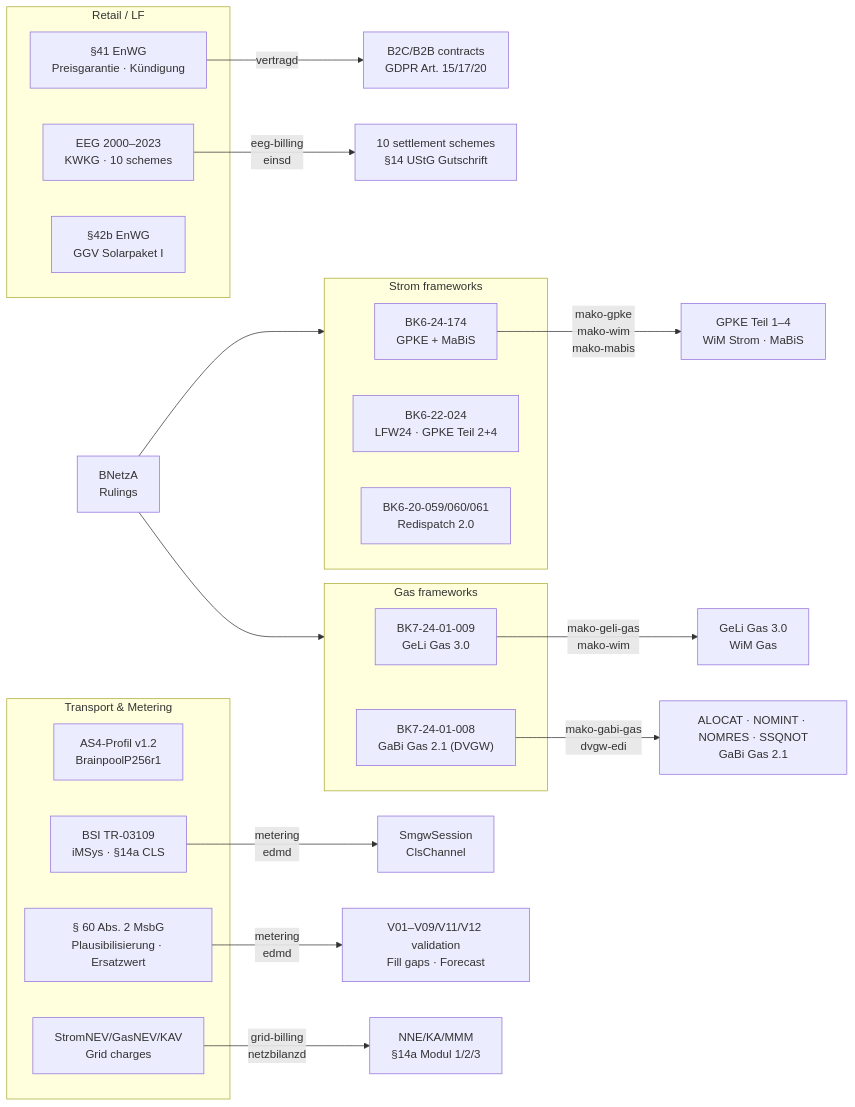
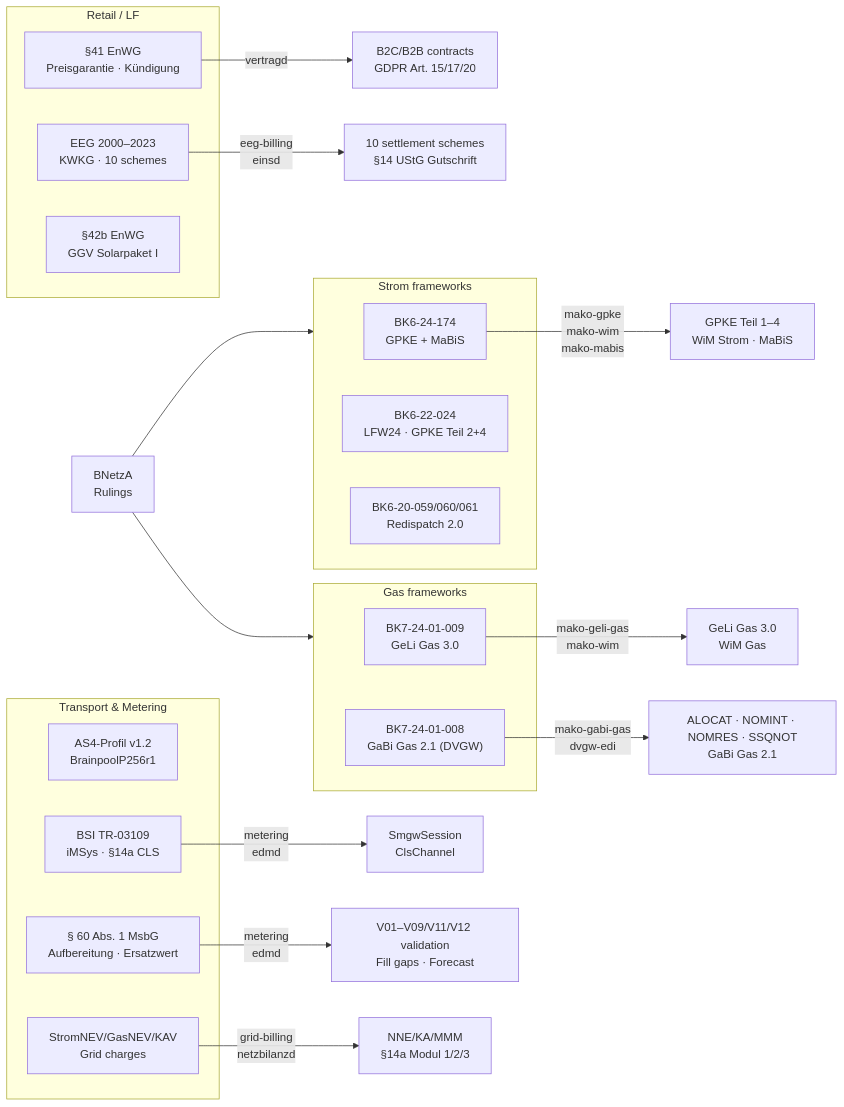
One commit to hupe1980/mako changed the diagram in site/content/docs/regulatory/_index.md. Above: the diagram before and after it, drawn with Mermaid. The commit also changed other lines of this file and 490 other files, not shown here.

````diff
--- a/site/content/docs/regulatory/_index.md
+++ b/site/content/docs/regulatory/_index.md
@@ -28,40 +24,40 @@
 ```mermaid
 graph LR
     BNetzA["BNetzA<br/>Rulings"]
 
     subgraph strom ["Strom frameworks"]
         BK6_24["BK6-24-174<br/>GPKE + MaBiS"]
         BK6_22["BK6-22-024<br/>LFW24 · GPKE Teil 2+4"]
         BK6_20["BK6-20-059/060/061<br/>Redispatch 2.0"]
     end
 
     subgraph gas ["Gas frameworks"]
         BK7_24["BK7-24-01-009<br/>GeLi Gas 3.0"]
         BK7_14["BK7-24-01-008<br/>GaBi Gas 2.1 (DVGW)"]
     end
 
     subgraph retail ["Retail / LF"]
         ENW41["§41 EnWG<br/>Preisgarantie · Kündigung"]
         EEG["EEG 2000–2023<br/>KWKG · 10 schemes"]
         SOLA["§42b EnWG<br/>GGV Solarpaket I"]
     end
 
     subgraph transport ["Transport & Metering"]
         AS4["AS4-Profil v1.2<br/>BrainpoolP256r1"]
         BSI["BSI TR-03109<br/>iMSys · §14a CLS"]
-        MsbG["§ 60 Abs. 2 MsbG<br/>Plausibilisierung · Ersatzwert"]
+        MsbG["§ 60 Abs. 1 MsbG<br/>Aufbereitung · Ersatzwert"]
         NNNEV["StromNEV/GasNEV/KAV<br/>Grid charges"]
     end
 
     BNetzA --> strom
     BNetzA --> gas
 
     BK6_24 -->|"mako-gpke<br/>mako-wim<br/>mako-mabis"| GPKE_impl["GPKE Teil 1–4<br/>WiM Strom · MaBiS"]
     BK7_24 -->|"mako-geli-gas<br/>mako-wim"| GAS_impl["GeLi Gas 3.0<br/>WiM Gas"]
     BK7_14 -->|"mako-gabi-gas<br/>dvgw-edi"| DVGW_impl["ALOCAT · NOMINT · NOMRES · SSQNOT<br/>GaBi Gas 2.1"]
     ENW41 -->|"vertragd"| LF_impl["B2C/B2B contracts<br/>GDPR Art. 15/17/20"]
     EEG -->|"eeg-billing<br/>einsd"| EEG_impl["10 settlement schemes<br/>§14 UStG Gutschrift"]
     BSI -->|"metering<br/>edmd"| IOT_impl["SmgwSession<br/>ClsChannel"]
     MsbG -->|"metering<br/>edmd"| SUB_impl["V01–V09/V11/V12 validation<br/>Fill gaps · Forecast"]
     NNNEV -->|"grid-billing<br/>netzbilanzd"| NNE_impl["NNE/KA/MMM<br/>§14a Modul 1/2/3"]
 ```
````
